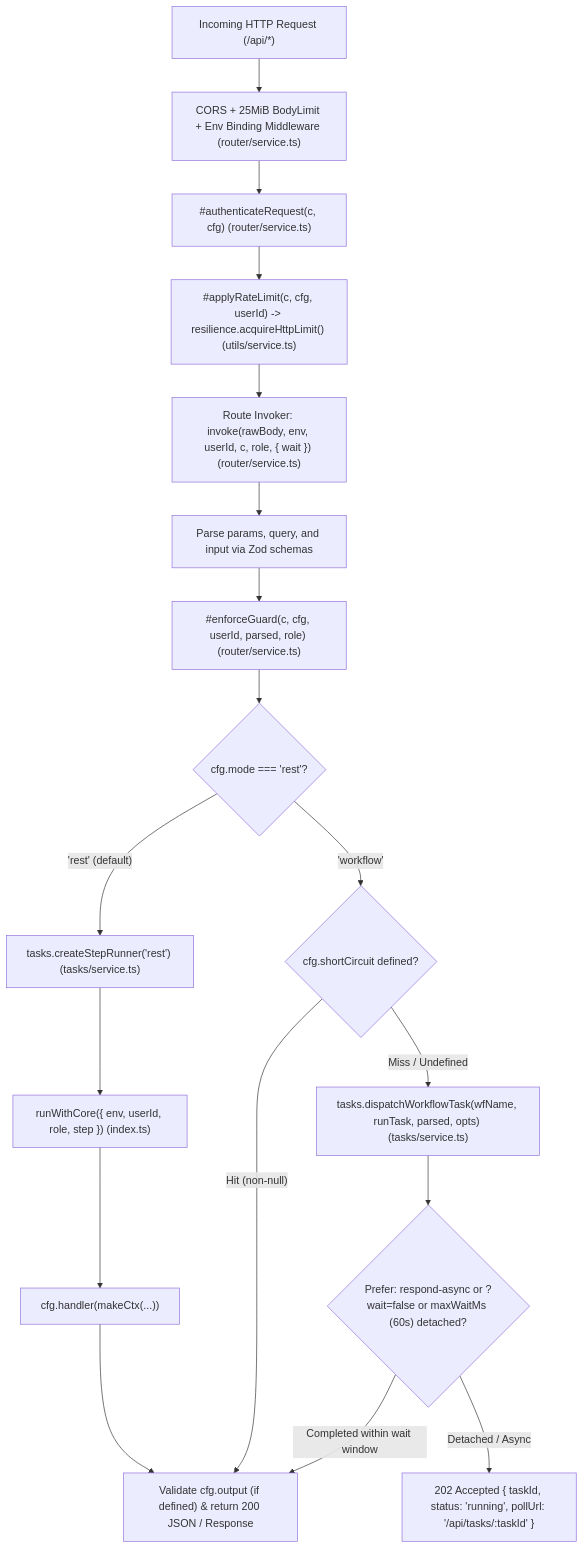
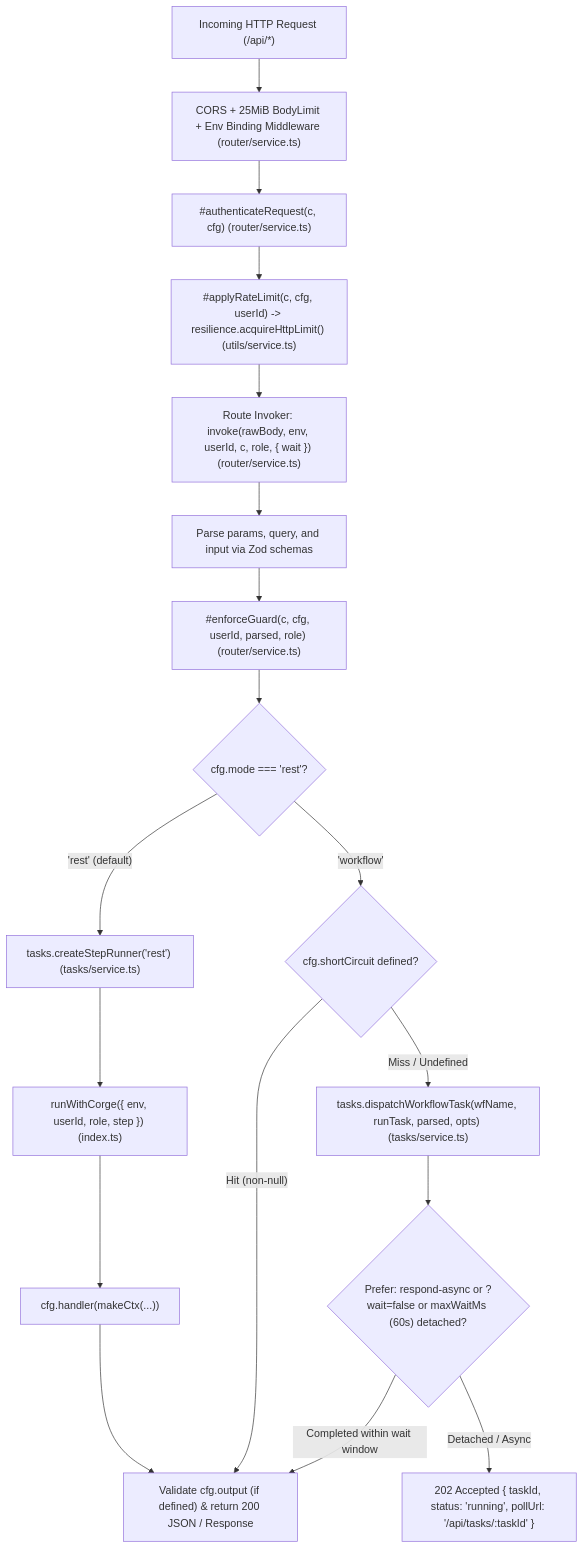
One commit to corgelabs/corge changed the first of 5 diagrams in docs/SPEC.md. Above: the diagram before and after it, drawn with Mermaid. The commit also changed other lines of this file and 47 other files, not shown here.

Commit message:
feat!: rename SDK exports from Core/core/useCore to Corge/corge/useCorge and make brand assets transparent

````diff
--- a/docs/SPEC.md
+++ b/docs/SPEC.md
@@ -406,22 +406,22 @@
 ```mermaid
 flowchart TD
   Req["Incoming HTTP Request (/api/*)"] --> CORS["CORS + 25MiB BodyLimit + Env Binding Middleware (router/service.ts)"]
   CORS --> Auth["#authenticateRequest(c, cfg) (router/service.ts)"]
   Auth --> RL["#applyRateLimit(c, cfg, userId) -> resilience.acquireHttpLimit() (utils/service.ts)"]
   RL --> Invoke["Route Invoker: invoke(rawBody, env, userId, c, role, { wait }) (router/service.ts)"]
   Invoke --> ZodIn["Parse params, query, and input via Zod schemas"]
   ZodIn --> Guard["#enforceGuard(c, cfg, userId, parsed, role) (router/service.ts)"]
   Guard --> ModeCheck{"cfg.mode === 'rest'?"}
 
   ModeCheck -- "'rest' (default)" --> RestStep["tasks.createStepRunner('rest') (tasks/service.ts)"]
-  RestStep --> RunCore["runWithCore({ env, userId, role, step }) (index.ts)"]
+  RestStep --> RunCore["runWithCorge({ env, userId, role, step }) (index.ts)"]
   RunCore --> HandlerRest["cfg.handler(makeCtx(...))"]
   HandlerRest --> ParseOut["Validate cfg.output (if defined) & return 200 JSON / Response"]
 
   ModeCheck -- "'workflow'" --> ShortCircuit{"cfg.shortCircuit defined?"}
   ShortCircuit -- "Hit (non-null)" --> ParseOut
   ShortCircuit -- "Miss / Undefined" --> Dispatch["tasks.dispatchWorkflowTask(wfName, runTask, parsed, opts) (tasks/service.ts)"]
   Dispatch --> AsyncCheck{"Prefer: respond-async or ?wait=false or maxWaitMs (60s) detached?"}
   AsyncCheck -- "Detached / Async" --> Res202["202 Accepted { taskId, status: 'running', pollUrl: '/api/tasks/:taskId' }"]
   AsyncCheck -- "Completed within wait window" --> ParseOut
 ```
````
